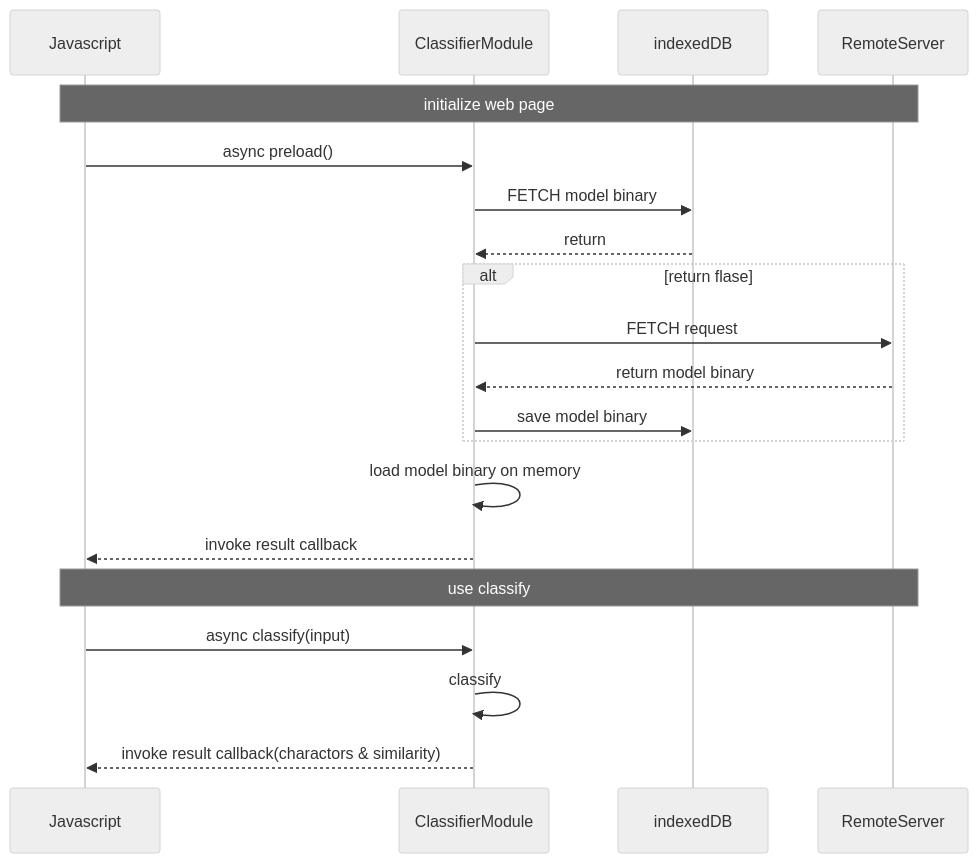
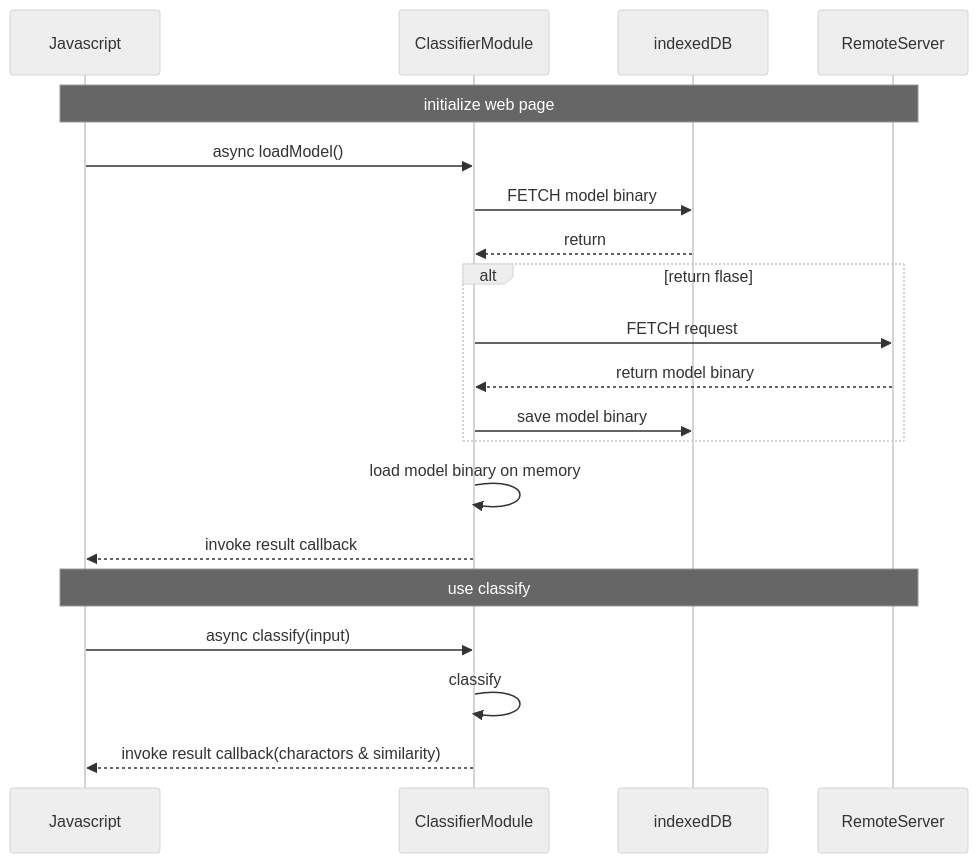
The diagram in README.md (HungNgKh/zinnia-demo), drawn with Mermaid (neutral theme) before and after one commit. The commit also changed other lines of this file and 4 other files, not shown here.

````diff
--- a/README.md
+++ b/README.md
@@ -130,23 +156,23 @@
 ```mermaid
 sequenceDiagram
     participant js as Javascript
     participant wasm as ClassifierModule
     participant db as indexedDB
     participant sv as RemoteServer
 
     Note over js, sv: initialize web page
-    js->>wasm: async preload()
+    js->>wasm: async loadModel()
     wasm->>db: FETCH model binary
     db-->>wasm: return 
     alt return flase
         wasm->>sv: FETCH request
         sv-->>wasm: return model binary
         wasm->>db: save model binary
     end
     wasm->>wasm: load model binary on memory
     wasm-->>js: invoke result callback
     Note over js, sv: use classify
     js->>wasm: async classify(input)
     wasm->>wasm: classify
     wasm-->>js: invoke result callback(charactors & similarity)
 ```
````
